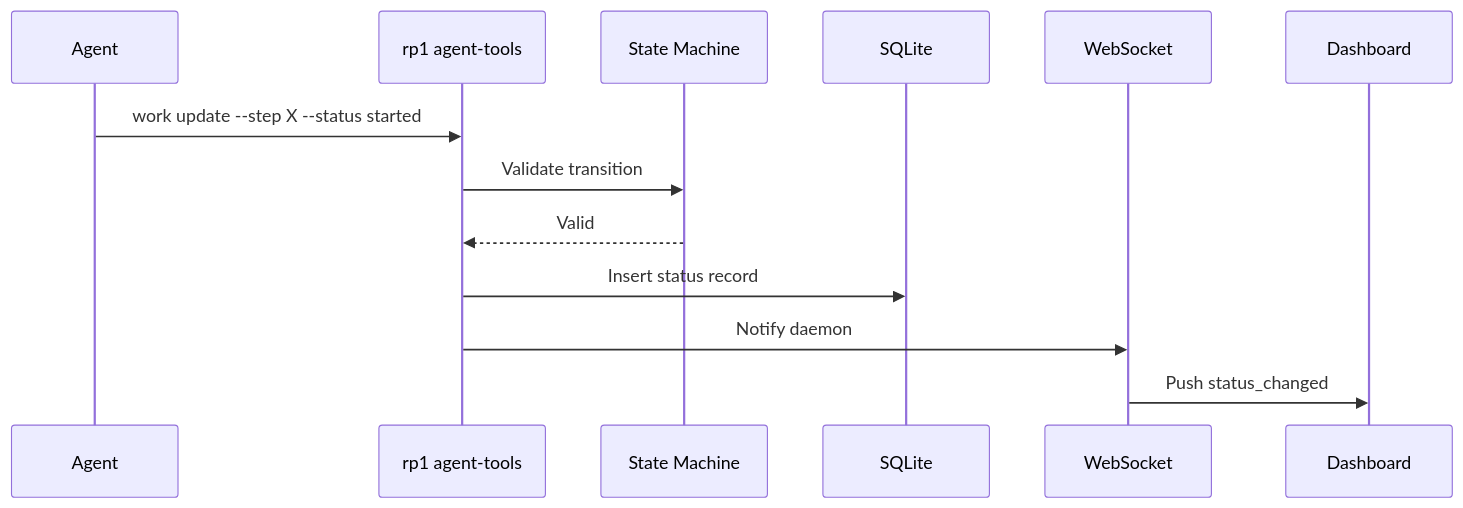
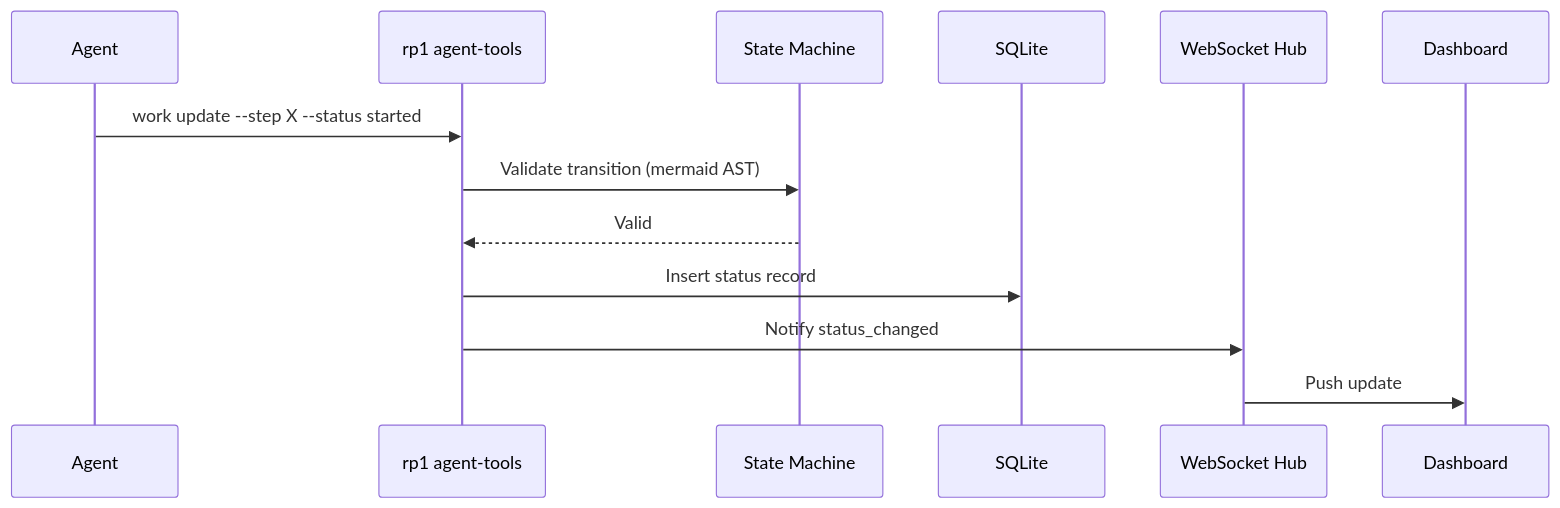
The third of 3 diagrams in .rp1/context/architecture.md (rp1-run/rp1), drawn with Mermaid before and after one commit. The commit also changed other lines of this file and 62 other files, not shown here.

````diff
--- a/.rp1/context/architecture.md
+++ b/.rp1/context/architecture.md
@@ -144,16 +117,16 @@
 ```mermaid
 sequenceDiagram
     participant Agent
     participant CLI as rp1 agent-tools
     participant SM as State Machine
     participant DB as SQLite
-    participant WS as WebSocket
+    participant WS as WebSocket Hub
     participant UI as Dashboard
 
     Agent->>CLI: work update --step X --status started
-    CLI->>SM: Validate transition
+    CLI->>SM: Validate transition (mermaid AST)
     SM-->>CLI: Valid
     CLI->>DB: Insert status record
-    CLI->>WS: Notify daemon
-    WS->>UI: Push status_changed
+    CLI->>WS: Notify status_changed
+    WS->>UI: Push update
 ```
````
